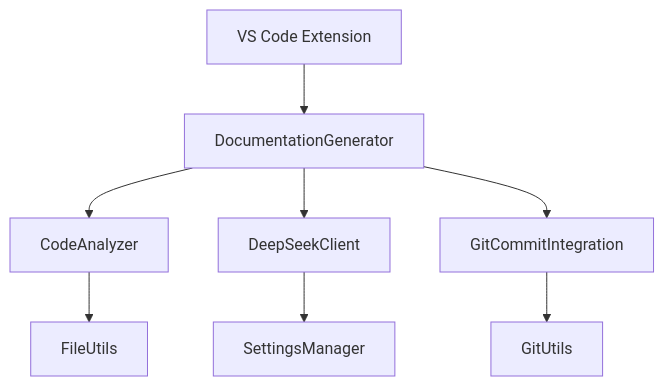
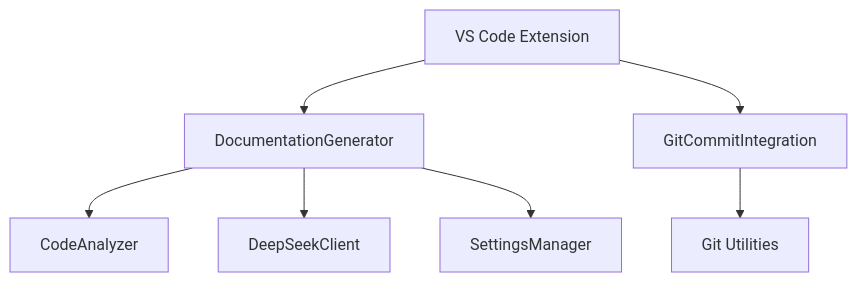
The first of 3 diagrams in PROJECT_OVERVIEW.md (voznyye/AutoDoc), drawn with Mermaid before and after one commit. The commit also changed other lines of this file and 1 other file, not shown here.

````diff
--- a/PROJECT_OVERVIEW.md
+++ b/PROJECT_OVERVIEW.md
@@ -21,10 +37,9 @@
 ```mermaid
 graph TD
     A[VS Code Extension] --> B[DocumentationGenerator]
-    B --> C[CodeAnalyzer]
-    B --> D[DeepSeekClient]
-    C --> E[FileUtils]
-    D --> F[SettingsManager]
-    B --> G[GitCommitIntegration]
-    G --> H[GitUtils]
+    A --> C[GitCommitIntegration]
+    B --> D[CodeAnalyzer]
+    B --> E[DeepSeekClient]
+    C --> F[Git Utilities]
+    B --> G[SettingsManager]
 ```
````
